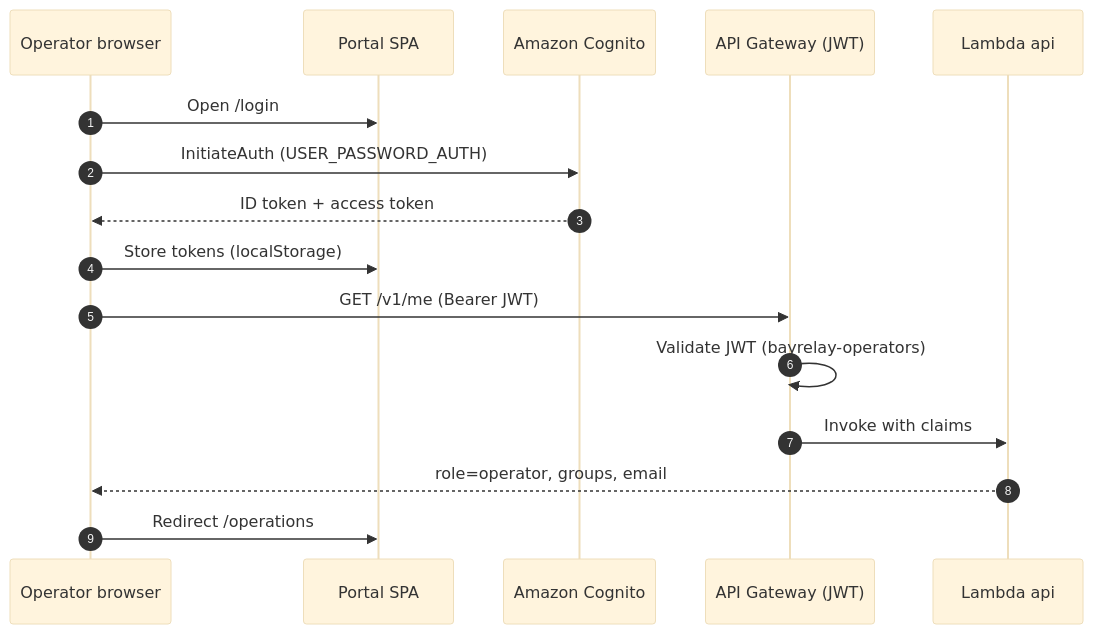
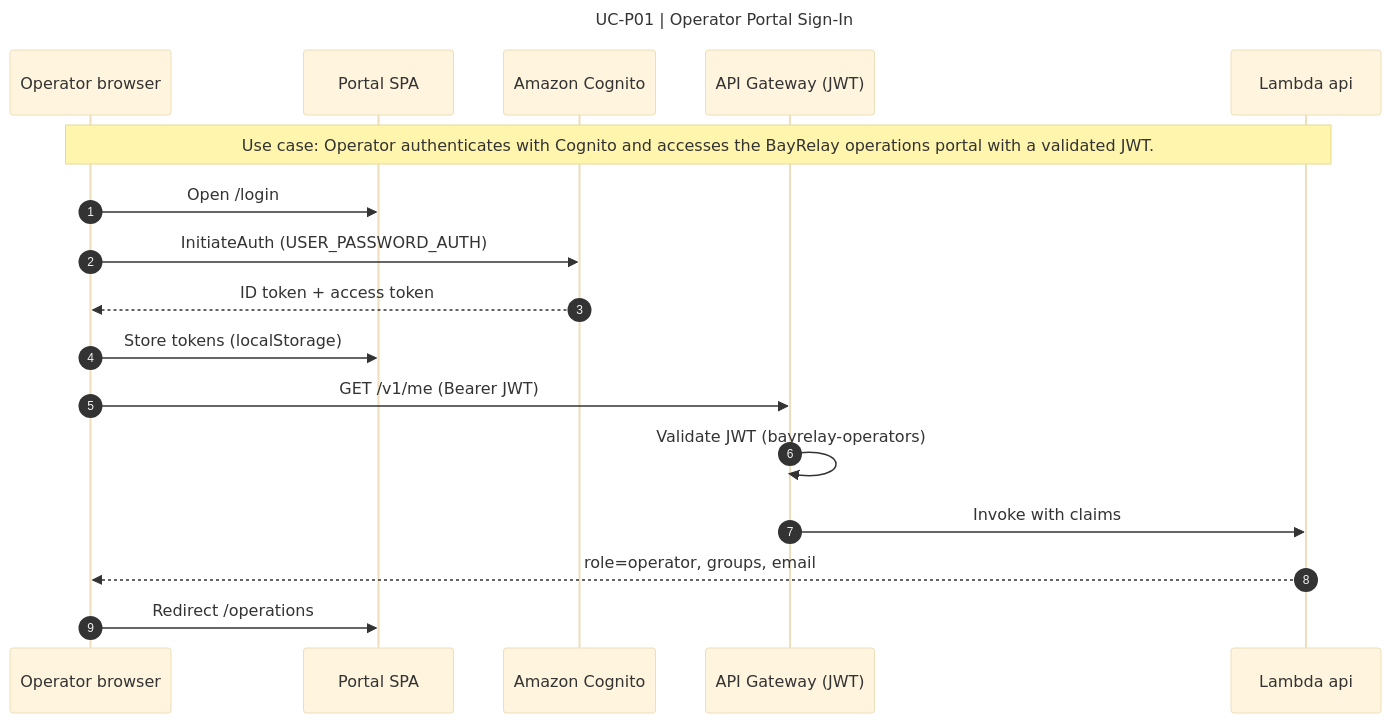
Before and after one commit to bayareala8s/BayRelayAI: the second of 31 diagrams in docs/SEQUENCE_DIAGRAMS.md, drawn with Mermaid (base theme). The commit also changed other lines of this file and 68 other files, not shown here.

First line of the commit message:
Add title and use-case labels to all sequence diagrams.

````diff
--- a/docs/SEQUENCE_DIAGRAMS.md
+++ b/docs/SEQUENCE_DIAGRAMS.md
@@ -90,19 +97,23 @@
 ```mermaid
+---
+title: UC-P01 | Operator Portal Sign-In
+---
 sequenceDiagram
   autonumber
   participant Op as Operator browser
   participant Portal as Portal SPA
   participant Cognito as Amazon Cognito
   participant APIGW as API Gateway (JWT)
   participant API as Lambda api
+  Note over Op,API: Use case: Operator authenticates with Cognito and accesses the BayRelay operations portal with a validated JWT.
 
   Op->>Portal: Open /login
   Op->>Cognito: InitiateAuth (USER_PASSWORD_AUTH)
   Cognito-->>Op: ID token + access token
   Op->>Portal: Store tokens (localStorage)
   Op->>APIGW: GET /v1/me (Bearer JWT)
   APIGW->>APIGW: Validate JWT (bayrelay-operators)
   APIGW->>API: Invoke with claims
   API-->>Op: role=operator, groups, email
   Op->>Portal: Redirect /operations
 ```
````
